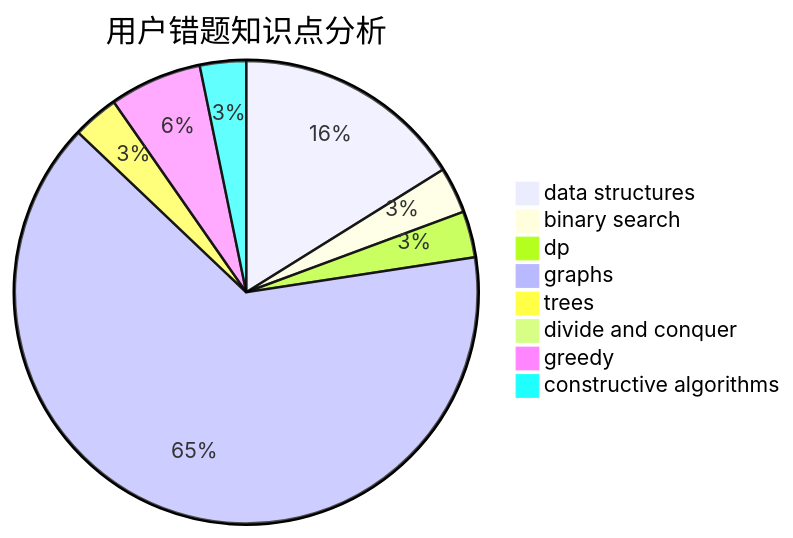
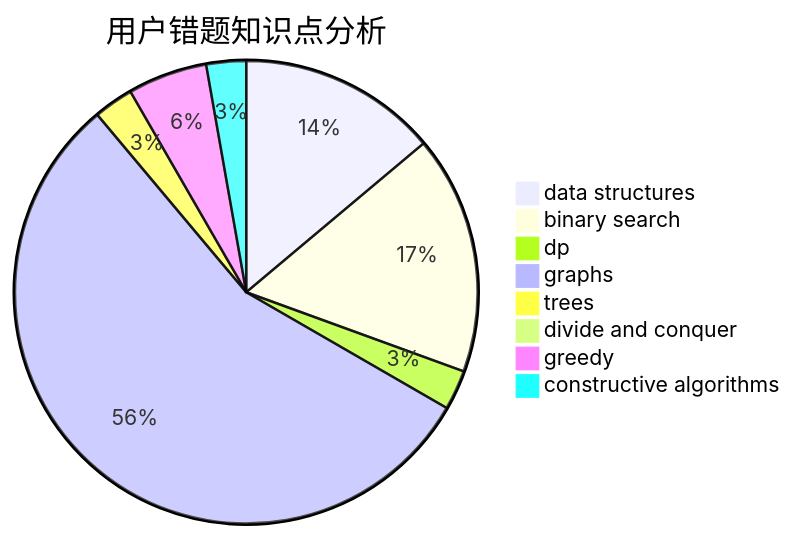
Before and after one commit to sherpahu/cfrs.github.io: the third of 3 diagrams in docs/user/u680.md, drawn with Mermaid. The commit also changed other lines of this file and 2770 other files, not shown here.

````diff
--- a/docs/user/u680.md
+++ b/docs/user/u680.md
@@ -36,11 +36,11 @@
 ```mermaid
 pie title 用户错题知识点分析
     "data structures" :  5
-    "binary search" :  1
+    "binary search" :  6
     "dp" :  1
     "graphs" :  20
     "trees" :  1
     "divide and conquer" :  0
     "greedy" :  2
     "constructive algorithms" :  1
 ```
````
